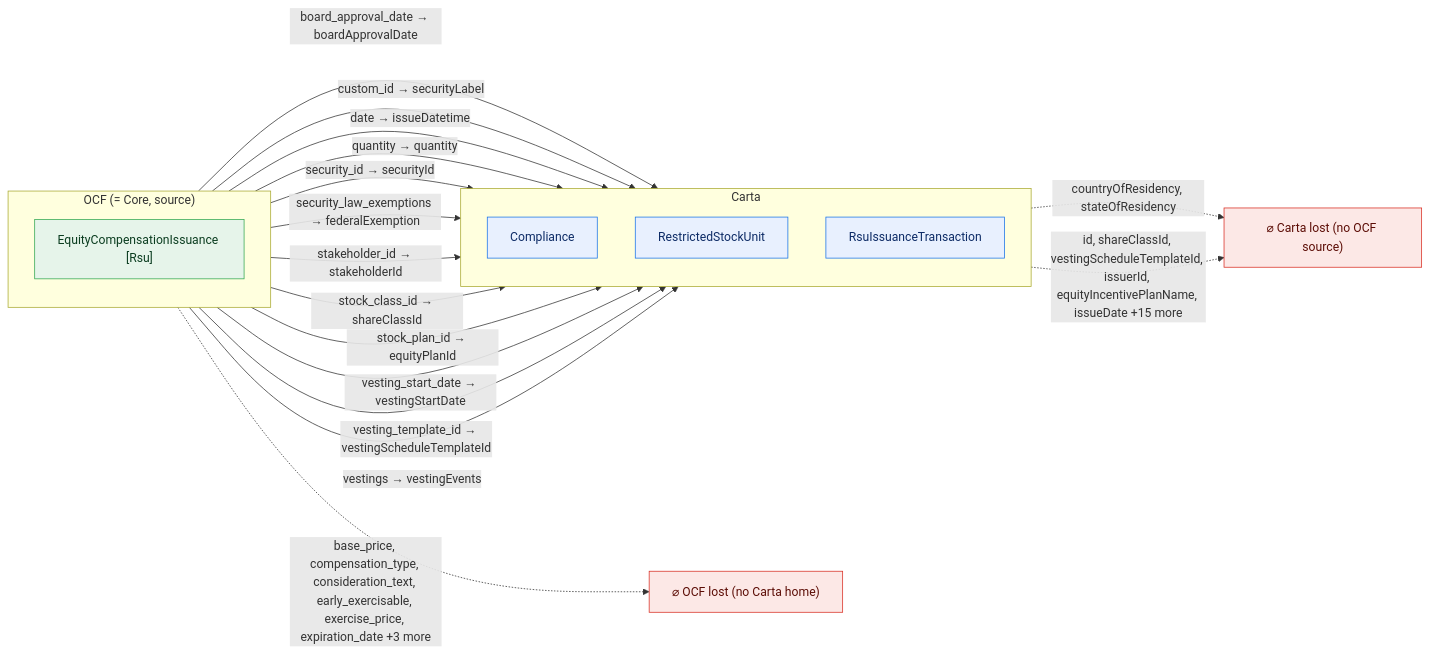
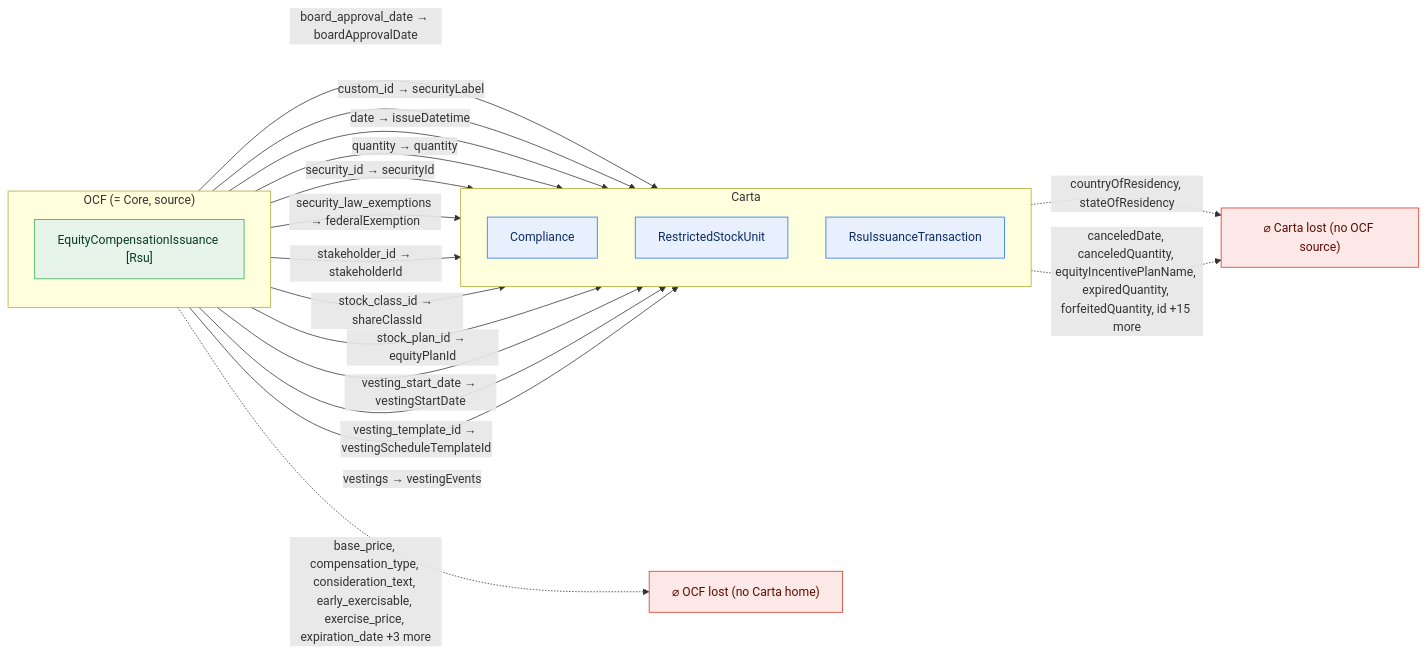
The fourth of 47 diagrams in docs/core-bidirectional-flow.md (Open-Cap-Table-Coalition/OCF-Composed-Schemas), drawn with Mermaid before and after one commit. The commit also changed other lines of this file and 7 other files, not shown here.

````diff
--- a/docs/core-bidirectional-flow.md
+++ b/docs/core-bidirectional-flow.md
@@ -129,34 +152,34 @@
 ```mermaid
 flowchart LR
   classDef adm fill:#e6f4ea,stroke:#34a853,color:#0b3d20;
   classDef notadm fill:#f1f3f4,stroke:#9aa0a6,color:#5f6368,stroke-dasharray:4 3;
   classDef carta fill:#e8f0fe,stroke:#1a73e8,color:#0d2b66;
   classDef lost fill:#fce8e6,stroke:#d93025,color:#5c0d06;
   subgraph SRC["OCF (= Core, source)"]
     direction TB
     o0["EquityCompensationIssuance [Rsu]"]:::adm
   end
   subgraph TGT["Carta"]
     direction TB
     t0["Compliance"]:::carta
     t1["RestrictedStockUnit"]:::carta
     t2["RsuIssuanceTransaction"]:::carta
   end
   ocflost["⌀ OCF lost (no Carta home)"]:::lost
   cartalost["⌀ Carta lost (no OCF source)"]:::lost
   o0 -->|"board_approval_date → boardApprovalDate"| t1
   o0 -->|"custom_id → securityLabel"| t1
   o0 -->|"date → issueDatetime"| t2
   o0 -->|"quantity → quantity"| t2
   o0 -->|"security_id → securityId"| t1
   o0 -->|"security_law_exemptions → federalExemption"| t0
   o0 -->|"stakeholder_id → stakeholderId"| t1
   o0 -->|"stock_class_id → shareClassId"| t2
   o0 -->|"stock_plan_id → equityPlanId"| t2
   o0 -->|"vesting_start_date → vestingStartDate"| t1
   o0 -->|"vesting_template_id → vestingScheduleTemplateId"| t2
   o0 -->|"vestings → vestingEvents"| t1
   o0 -.->|"base_price, compensation_type, consideration_text, early_exercisable, exercise_price, expiration_date +3 more"| ocflost
   t0 -.->|"countryOfResidency, stateOfResidency"| cartalost
-  t1 -.->|"id, shareClassId, vestingScheduleTemplateId, issuerId, equityIncentivePlanName, issueDate +15 more"| cartalost
+  t1 -.->|"canceledDate, canceledQuantity, equityIncentivePlanName, expiredQuantity, forfeitedQuantity, id +15 more"| cartalost
 ```
````
